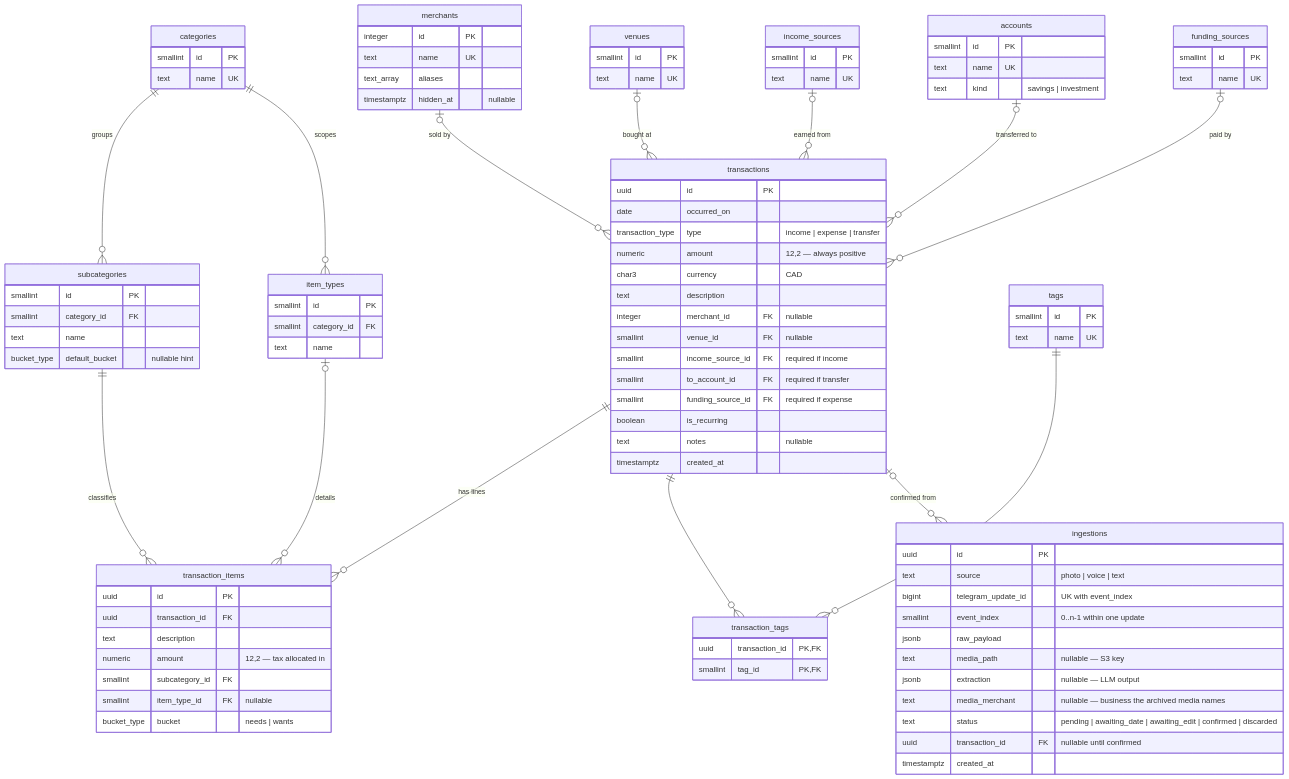
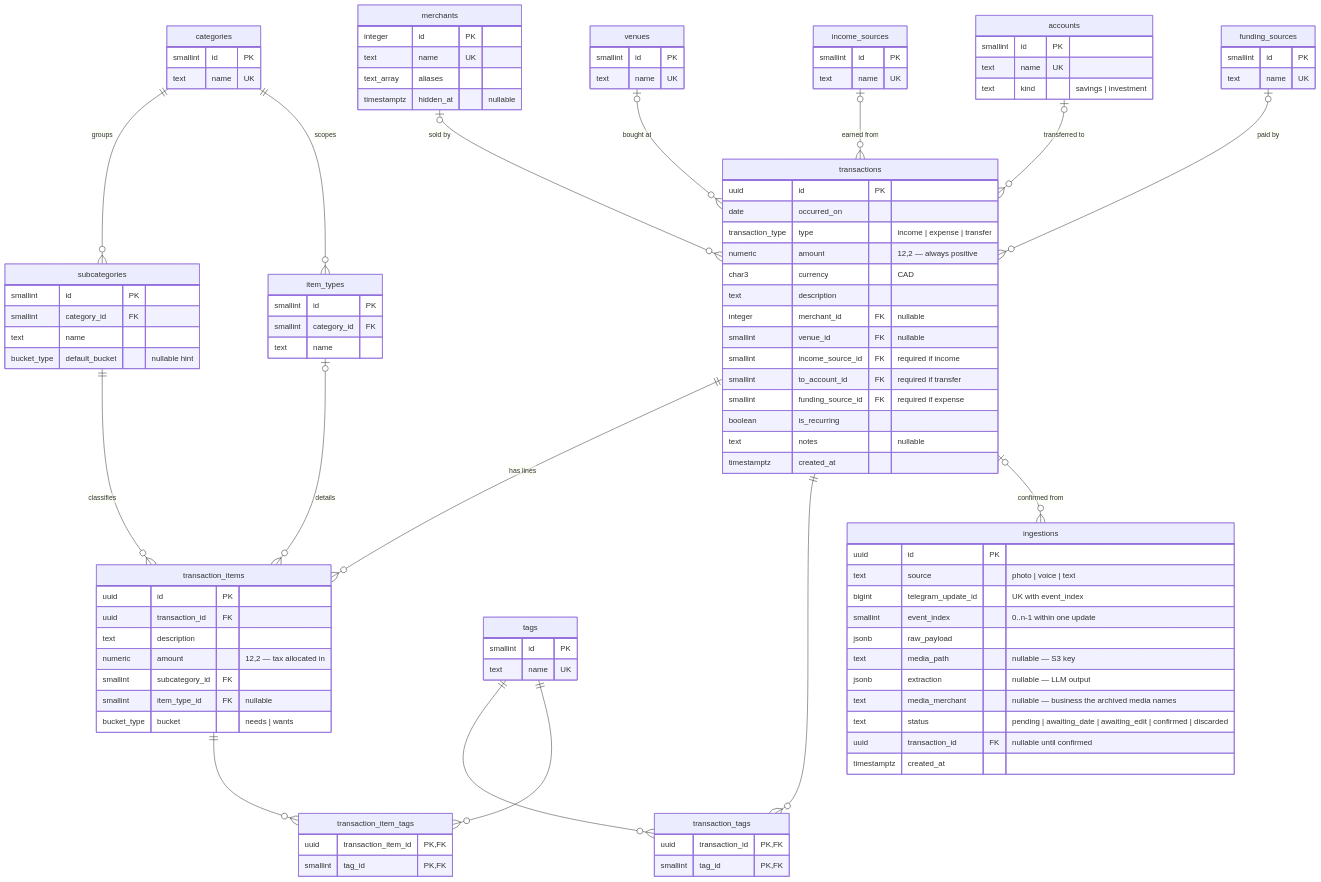
The diagram in docs/DATA_MODEL.md (rafachan3/finflow), drawn with Mermaid before and after one commit. The commit also changed other lines of this file and 35 other files, not shown here.

First line of the commit message:
feat(lambda): item-level tags (#70)

```diff
--- a/docs/DATA_MODEL.md
+++ b/docs/DATA_MODEL.md
@@ -40,6 +41,8 @@
   funding_sources |o--o{ transactions : "paid by"
   transactions ||--o{ transaction_tags : ""
   tags ||--o{ transaction_tags : ""
+  transaction_items ||--o{ transaction_item_tags : ""
+  tags ||--o{ transaction_item_tags : ""
   transactions |o--o{ ingestions : "confirmed from"
 
   transactions {
@@ -71,6 +74,11 @@
 
   transaction_tags {
     uuid transaction_id PK,FK
+    smallint tag_id PK,FK
+  }
+
+  transaction_item_tags {
+    uuid transaction_item_id PK,FK
     smallint tag_id PK,FK
   }
 
```
